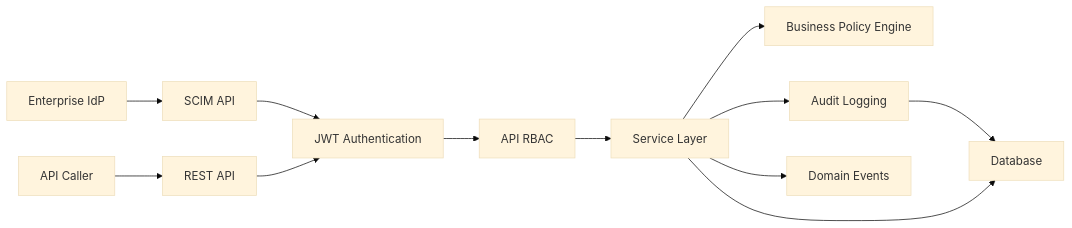
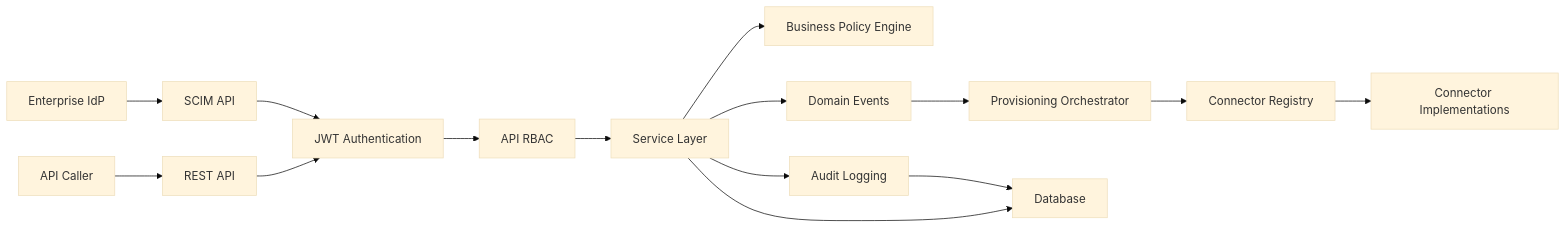
Before and after one commit to happelj/accessiq: the first of 8 diagrams in docs/architecture.md, drawn with Mermaid (base theme). The commit also changed other lines of this file and 20 other files, not shown here.

````diff
--- a/docs/architecture.md
+++ b/docs/architecture.md
@@ -7,14 +7,17 @@
 ```mermaid
 flowchart LR
     IdP["Enterprise IdP"] --> SCIM["SCIM API"]
     User["API Caller"] --> REST["REST API"]
     SCIM --> Auth["JWT Authentication"]
     REST --> Auth
     Auth --> RBAC["API RBAC"]
     RBAC --> Services["Service Layer"]
     Services --> Policy["Business Policy Engine"]
     Services --> Audit["Audit Logging"]
     Services --> Events["Domain Events"]
+    Events --> Orchestrator["Provisioning Orchestrator"]
+    Orchestrator --> Registry["Connector Registry"]
+    Registry --> Connectors["Connector Implementations"]
     Audit --> DB["Database"]
     Services --> DB
 ```
````
